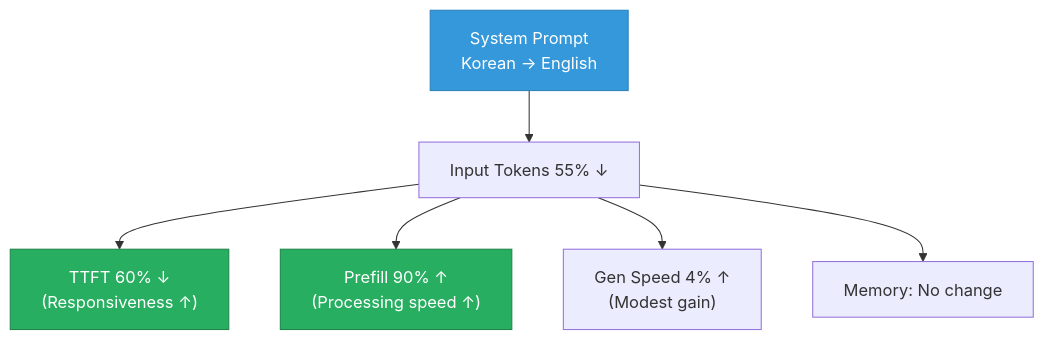
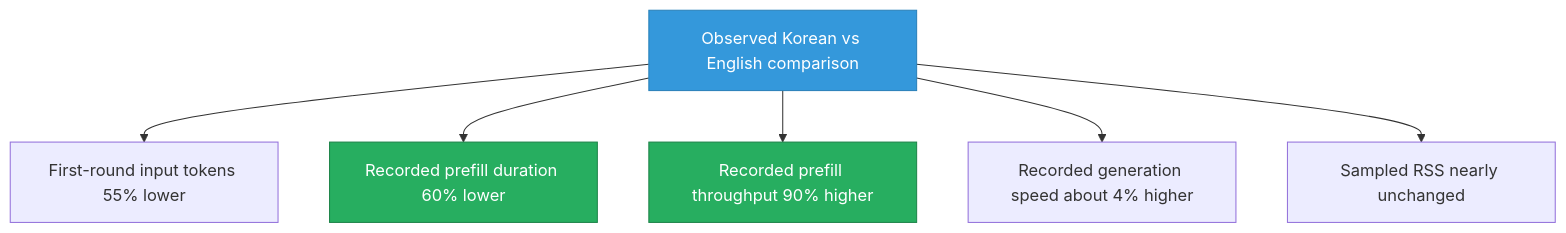
One commit to rockyRunnr/rockyRunnr.github.io changed the second of 2 diagrams in _posts/2026-02-25-ollacode-prompt-optimization-benchmark.md. Above: the diagram before and after it, drawn with Mermaid. The commit also changed other lines of this file and 8 other files, not shown here.

````diff
--- a/_posts/2026-02-25-ollacode-prompt-optimization-benchmark.md
+++ b/_posts/2026-02-25-ollacode-prompt-optimization-benchmark.md
@@ -108,12 +106,12 @@
 ```mermaid
 flowchart TD
-    A["System Prompt<br/>Korean → English"] --> B["Input Tokens 55% ↓"]
-    B --> C["TTFT 60% ↓<br/>(Responsiveness ↑)"]
-    B --> D["Prefill 90% ↑<br/>(Processing speed ↑)"]
-    B --> E["Gen Speed 4% ↑<br/>(Modest gain)"]
-    B --> F["Memory: No change"]
+    A["Observed Korean vs English comparison"] --> B["First-round input tokens 55% lower"]
+    A --> C["Recorded prefill duration 60% lower"]
+    A --> D["Recorded prefill throughput 90% higher"]
+    A --> E["Recorded generation speed about 4% higher"]
+    A --> F["Sampled RSS nearly unchanged"]
 
     style A fill:#3498db,stroke:#2980b9,color:#fff
     style C fill:#27ae60,stroke:#1e8449,color:#fff
     style D fill:#27ae60,stroke:#1e8449,color:#fff
 ```
````
